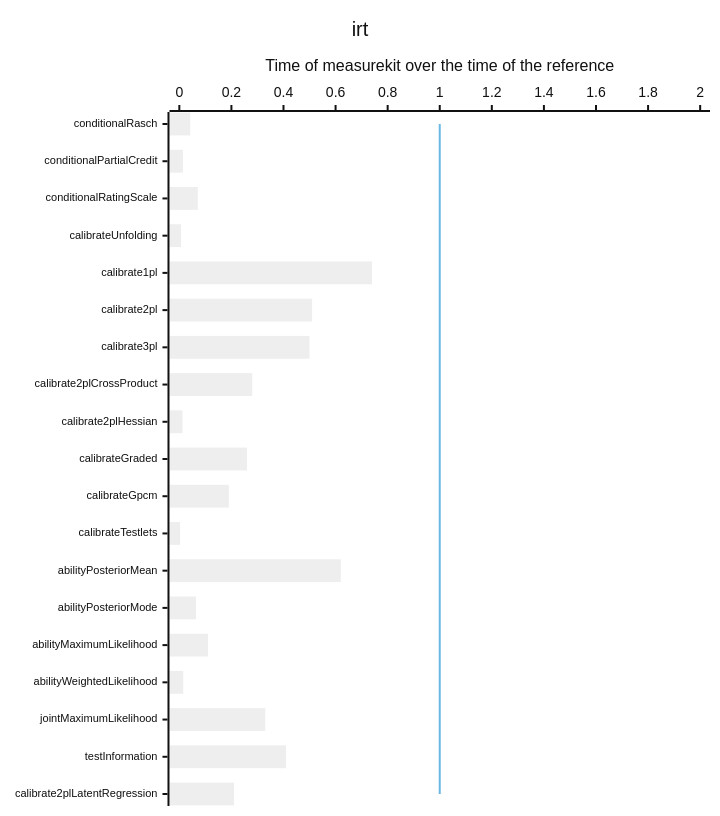
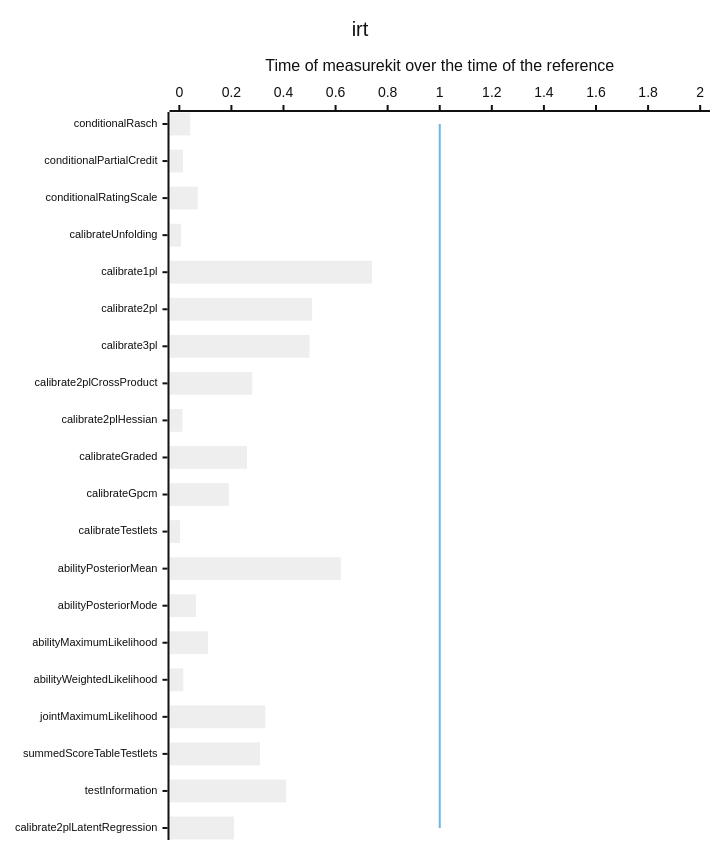
The tenth of 13 diagrams in docs/psychometrics/performance.md (measurekit/measurekit), drawn with Mermaid (neutral theme) before and after one commit. The commit also changed other lines of this file, not shown here.

````diff
--- a/docs/psychometrics/performance.md
+++ b/docs/psychometrics/performance.md
@@ -101,9 +111,9 @@
 ```mermaid
-%%{init: {"xyChart": {"height": 796, "xAxis": {"labelFontSize": 11}}}}%%
+%%{init: {"xyChart": {"height": 830, "xAxis": {"labelFontSize": 11}}}}%%
 xychart-beta horizontal
   title "irt"
-  x-axis ["conditionalRasch", "conditionalPartialCredit", "conditionalRatingScale", "calibrateUnfolding", "calibrate1pl", "calibrate2pl", "calibrate3pl", "calibrate2plCrossProduct", "calibrate2plHessian", "calibrateGraded", "calibrateGpcm", "calibrateTestlets", "abilityPosteriorMean", "abilityPosteriorMode", "abilityMaximumLikelihood", "abilityWeightedLikelihood", "jointMaximumLikelihood", "testInformation", "calibrate2plLatentRegression"]
+  x-axis ["conditionalRasch", "conditionalPartialCredit", "conditionalRatingScale", "calibrateUnfolding", "calibrate1pl", "calibrate2pl", "calibrate3pl", "calibrate2plCrossProduct", "calibrate2plHessian", "calibrateGraded", "calibrateGpcm", "calibrateTestlets", "abilityPosteriorMean", "abilityPosteriorMode", "abilityMaximumLikelihood", "abilityWeightedLikelihood", "jointMaximumLikelihood", "summedScoreTableTestlets", "testInformation", "calibrate2plLatentRegression"]
   y-axis "Time of measurekit over the time of the reference" 0 --> 2
-  bar [0.042, 0.014, 0.071, 0.007, 0.74, 0.51, 0.5, 0.28, 0.012, 0.26, 0.19, 0.0031, 0.62, 0.064, 0.11, 0.015, 0.33, 0.41, 0.21]
-  line [1, 1, 1, 1, 1, 1, 1, 1, 1, 1, 1, 1, 1, 1, 1, 1, 1, 1, 1]
+  bar [0.042, 0.014, 0.071, 0.007, 0.74, 0.51, 0.5, 0.28, 0.012, 0.26, 0.19, 0.0031, 0.62, 0.064, 0.11, 0.015, 0.33, 0.31, 0.41, 0.21]
+  line [1, 1, 1, 1, 1, 1, 1, 1, 1, 1, 1, 1, 1, 1, 1, 1, 1, 1, 1, 1]
 ```
````
